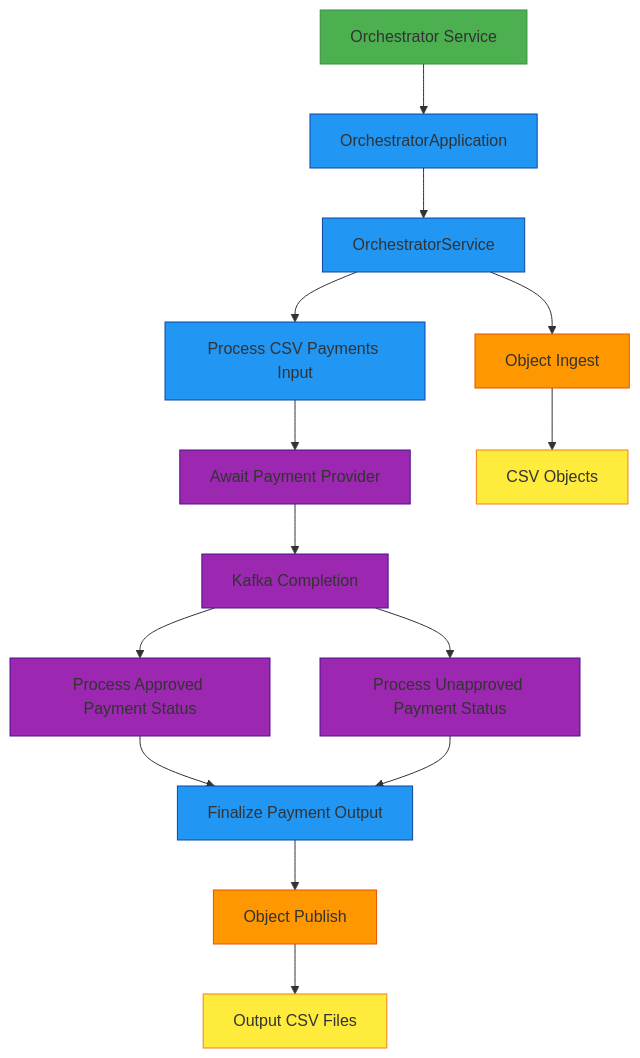
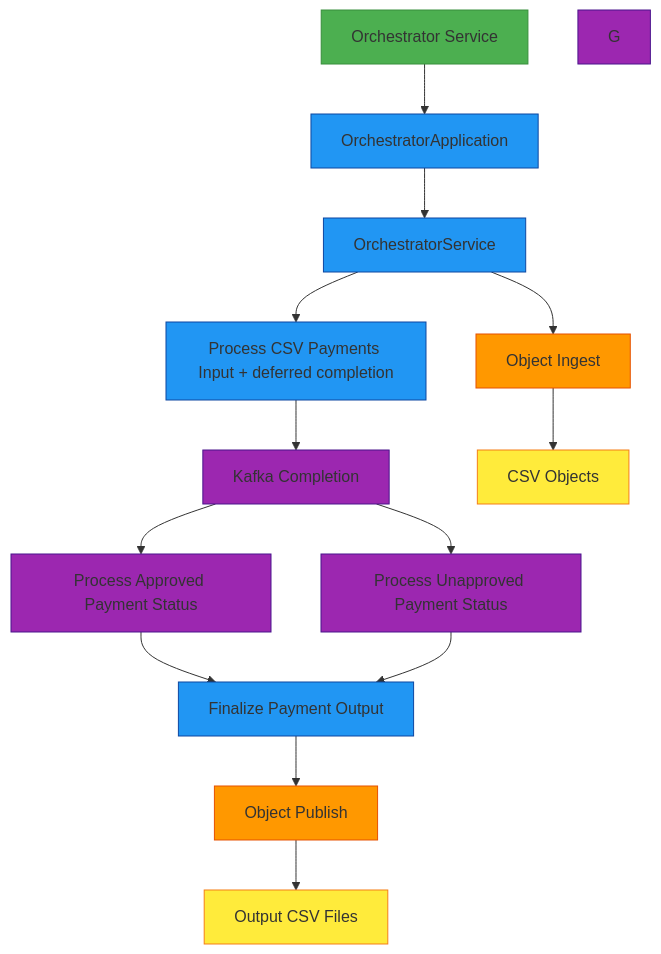
One commit to The-Pipeline-Framework/pipelineframework changed the first of 2 diagrams in examples/csv-payments/orchestrator-svc/README.md. Above: the diagram before and after it, drawn with Mermaid. The commit also changed 168 other files, not shown here.

Commit message:
Make Await an orthogonal deferred-completion modifier

````diff
--- a/examples/csv-payments/orchestrator-svc/README.md
+++ b/examples/csv-payments/orchestrator-svc/README.md
@@ -9,30 +9,29 @@
 ```mermaid
 graph TD
     A[Orchestrator Service] --> B[OrchestratorApplication]
     B --> C[OrchestratorService]
     C --> D[Object Ingest]
-    C --> E[Process CSV Payments Input]
-    E --> F[Await Payment Provider]
-    F --> G[Kafka Completion]
-    G --> H[Process Approved Payment Status]
-    G --> I[Process Unapproved Payment Status]
+    C --> E[Process CSV Payments Input + deferred completion]
+    E --> F[Kafka Completion]
+    F --> H[Process Approved Payment Status]
+    F --> I[Process Unapproved Payment Status]
     H --> J[Finalize Payment Output]
     I --> J
     J --> K[Object Publish]
     D --> L[CSV Objects]
     K --> M[Output CSV Files]
     
     style A fill:#4CAF50,stroke:#388E3C
     style B fill:#2196F3,stroke:#0D47A1
     style C fill:#2196F3,stroke:#0D47A1
     style D fill:#FF9800,stroke:#E65100
     style E fill:#2196F3,stroke:#0D47A1
     style F fill:#9C27B0,stroke:#4A148C
     style G fill:#9C27B0,stroke:#4A148C
     style H fill:#9C27B0,stroke:#4A148C
     style I fill:#9C27B0,stroke:#4A148C
     style J fill:#2196F3,stroke:#0D47A1
     style K fill:#FF9800,stroke:#E65100
     style L fill:#FFEB3B,stroke:#F57F17
     style M fill:#FFEB3B,stroke:#F57F17
 ```
````
